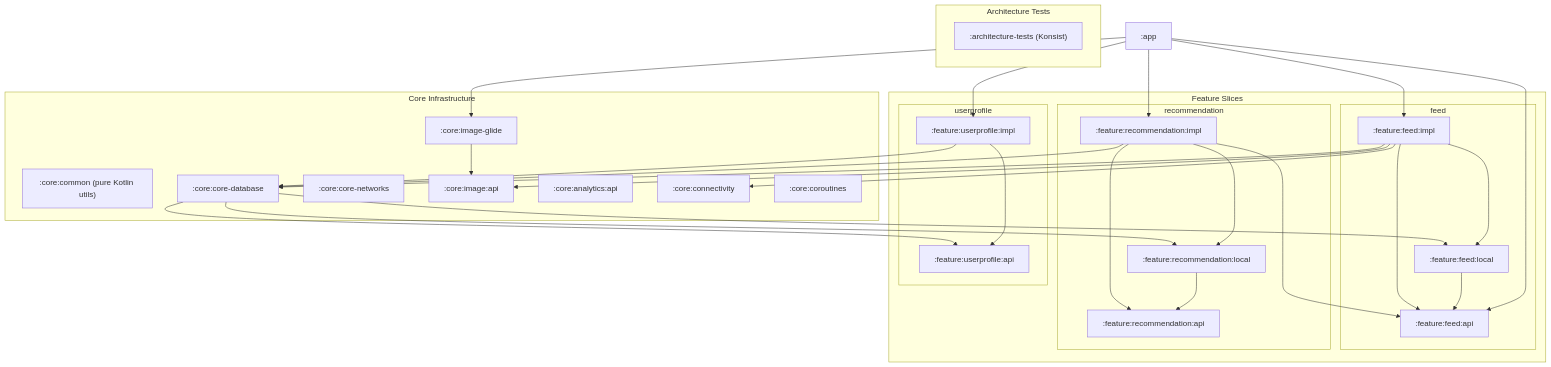
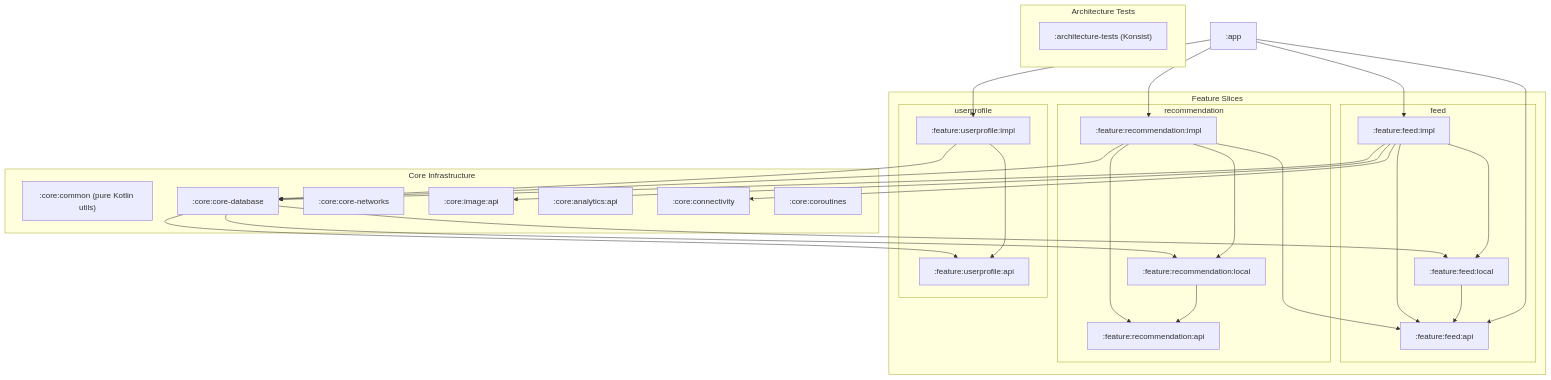
Before and after one commit to nikkiw/smart-feed: the first of 2 diagrams in docs/architecture.md, drawn with Mermaid. The commit also changed other lines of this file and 16 other files, not shown here.

````diff
--- a/docs/architecture.md
+++ b/docs/architecture.md
@@ -21,64 +21,61 @@
 ```mermaid
 graph TD
     App[":app"]
 
     subgraph arch ["Architecture Tests"]
         ArchTests[":architecture-tests (Konsist)"]
     end
 
     subgraph features ["Feature Slices"]
         subgraph feed ["feed"]
             FeedApi[":feature:feed:api"]
             FeedLocal[":feature:feed:local"]
             FeedImpl[":feature:feed:impl"]
         end
         subgraph rec ["recommendation"]
             RecApi[":feature:recommendation:api"]
             RecLocal[":feature:recommendation:local"]
             RecImpl[":feature:recommendation:impl"]
         end
         subgraph user ["userprofile"]
             UserApi[":feature:userprofile:api"]
             UserImpl[":feature:userprofile:impl"]
         end
     end
 
     subgraph core ["Core Infrastructure"]
         CoreCommon[":core:common (pure Kotlin utils)"]
         CoreDB[":core:core-database"]
         CoreNet[":core:core-networks"]
         ImageApi[":core:image:api"]
-        ImageGlide[":core:image-glide"]
         Analytics[":core:analytics:api"]
         Connectivity[":core:connectivity"]
         Coroutines[":core:coroutines"]
     end
 
     App --> FeedApi
     App --> FeedImpl
     App --> RecImpl
     App --> UserImpl
 
     FeedLocal --> FeedApi
     FeedImpl --> FeedApi
     FeedImpl --> FeedLocal
     FeedImpl --> CoreDB
     FeedImpl --> ImageApi
     FeedImpl --> Connectivity
 
     RecLocal --> RecApi
     RecImpl --> RecApi
     RecImpl --> RecLocal
     RecImpl --> FeedApi
     RecImpl --> CoreDB
 
     UserImpl --> UserApi
     UserImpl --> CoreDB
 
     CoreDB --> FeedLocal
     CoreDB --> RecLocal
     CoreDB --> UserApi
 
-    ImageGlide --> ImageApi
-    App --> ImageGlide
 ```
````
